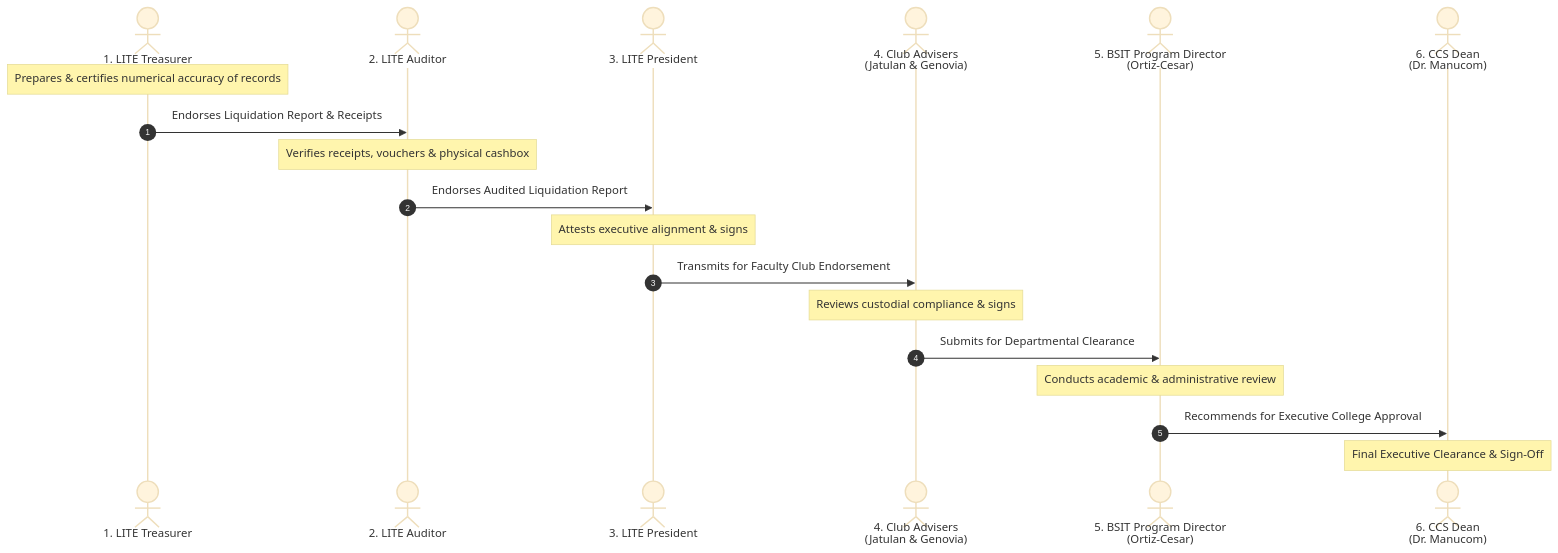
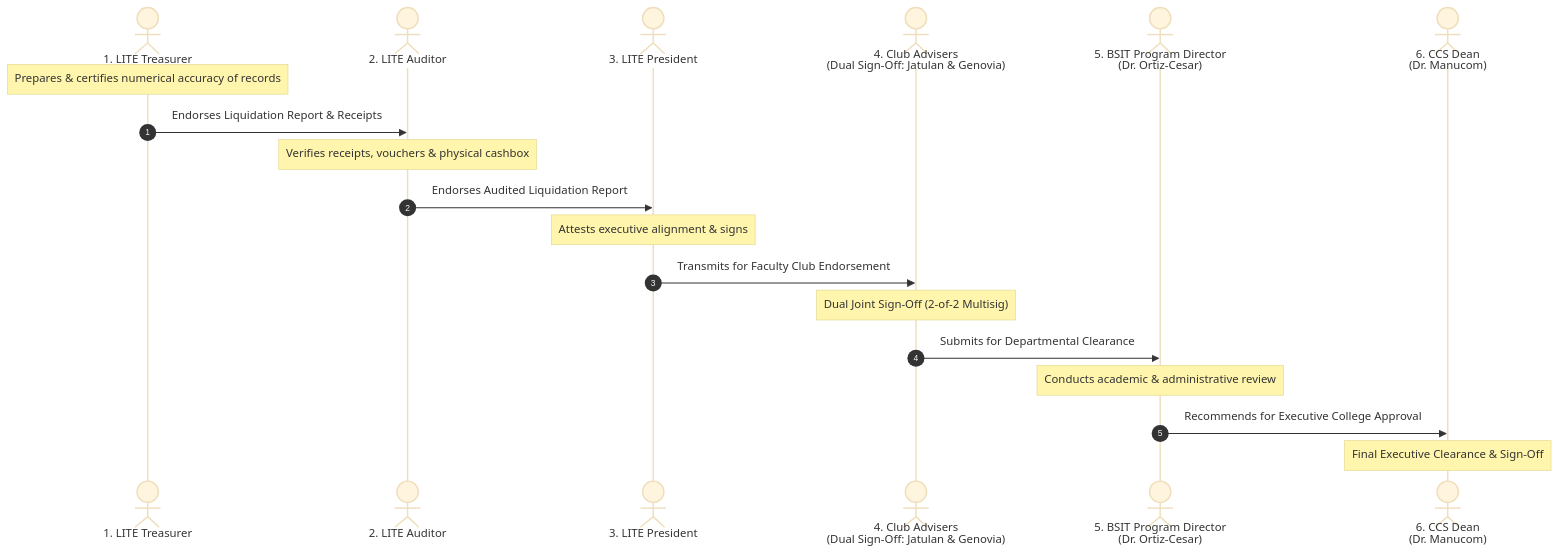
One commit to butterkookies/FinLITE changed the fourth of 5 diagrams in docs/PROJECT_CONTEXT.md. Above: the diagram before and after it, drawn with Mermaid (base theme). The commit also changed other lines of this file and 3 other files, not shown here.

````diff
--- a/docs/PROJECT_CONTEXT.md
+++ b/docs/PROJECT_CONTEXT.md
@@ -238,22 +248,22 @@
 ```mermaid
 sequenceDiagram
     autonumber
     actor T as 1. LITE Treasurer
     actor A as 2. LITE Auditor
     actor P as 3. LITE President
-    actor ADV as 4. Club Advisers<br/>(Jatulan & Genovia)
-    actor DIR as 5. BSIT Program Director<br/>(Ortiz-Cesar)
+    actor ADV as 4. Club Advisers<br/>(Dual Sign-Off: Jatulan & Genovia)
+    actor DIR as 5. BSIT Program Director<br/>(Dr. Ortiz-Cesar)
     actor DEAN as 6. CCS Dean<br/>(Dr. Manucom)
 
     Note over T: Prepares & certifies numerical accuracy of records
     T->>A: Endorses Liquidation Report & Receipts
     Note over A: Verifies receipts, vouchers & physical cashbox
     A->>P: Endorses Audited Liquidation Report
     Note over P: Attests executive alignment & signs
     P->>ADV: Transmits for Faculty Club Endorsement
-    Note over ADV: Reviews custodial compliance & signs
+    Note over ADV: Dual Joint Sign-Off (2-of-2 Multisig)
     ADV->>DIR: Submits for Departmental Clearance
     Note over DIR: Conducts academic & administrative review
     DIR->>DEAN: Recommends for Executive College Approval
     Note over DEAN: Final Executive Clearance & Sign-Off
 ```
````
